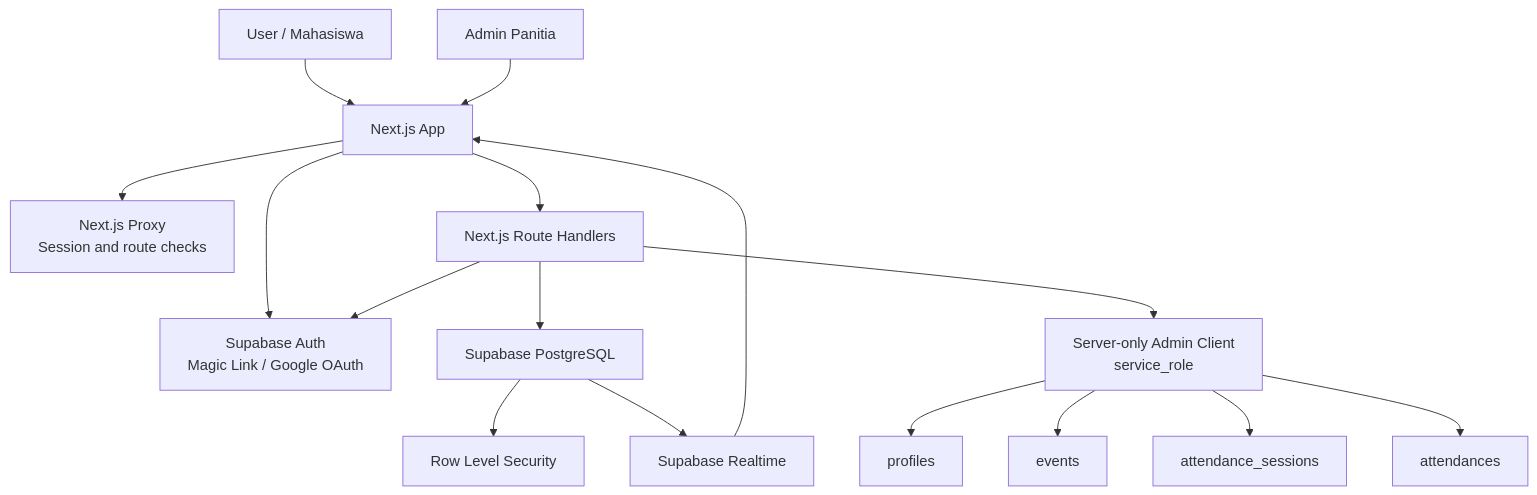
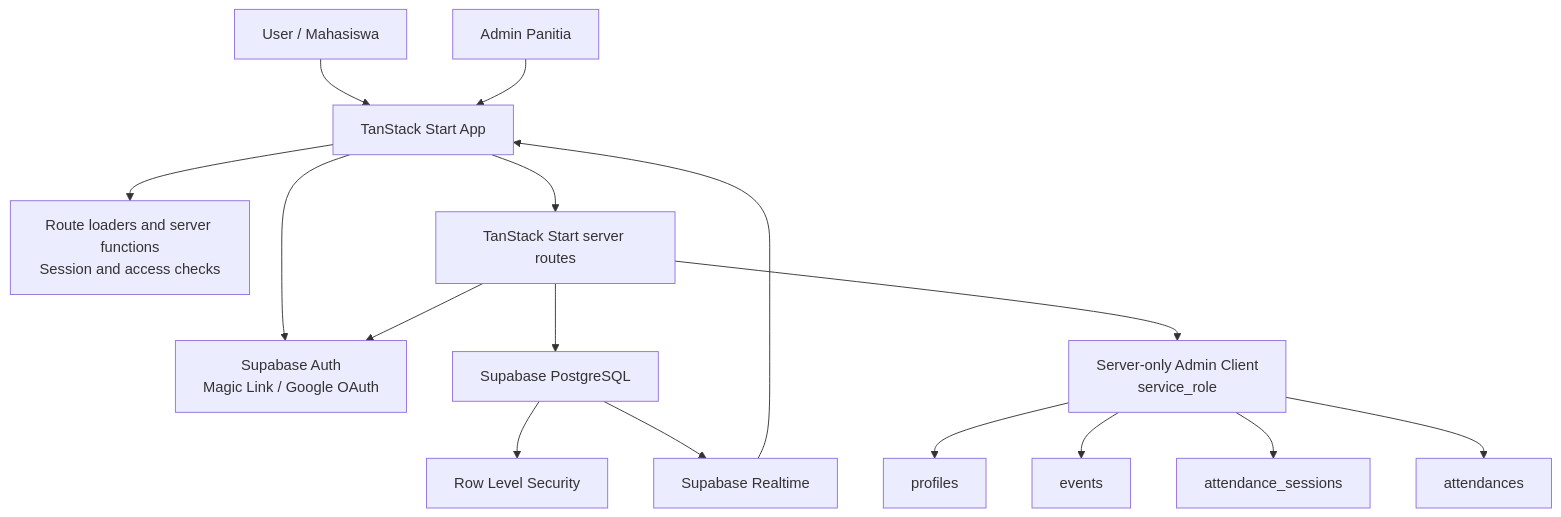
One commit to BEM-FILKOM-UNIDA/absendulu changed the first of 4 diagrams in README.md. Above: the diagram before and after it, drawn with Mermaid. The commit also changed other lines of this file and 134 other files, not shown here.

Commit message:
refactor: migrate application to TanStack Start

````diff
--- a/README.md
+++ b/README.md
@@ -64,22 +64,22 @@
 ```mermaid
 flowchart TD
-    USER[User / Mahasiswa] --> WEB[Next.js App]
+    USER[User / Mahasiswa] --> WEB[TanStack Start App]
     ADMIN[Admin Panitia] --> WEB
 
     WEB --> AUTH[Supabase Auth\nMagic Link / Google OAuth]
-    WEB --> PROXY[Next.js Proxy\nSession and route checks]
-    WEB --> API[Next.js Route Handlers]
+    WEB --> GUARD[Route loaders and server functions\nSession and access checks]
+    WEB --> API[TanStack Start server routes]
 
     API --> AUTH
     API --> DB[Supabase PostgreSQL]
     API --> ADMINCLIENT[Server-only Admin Client\nservice_role]
 
     DB --> RLS[Row Level Security]
     DB --> REALTIME[Supabase Realtime]
     REALTIME --> WEB
 
     ADMINCLIENT --> PROFILES[profiles]
     ADMINCLIENT --> EVENTS[events]
     ADMINCLIENT --> SESSIONS[attendance_sessions]
     ADMINCLIENT --> ATTENDANCES[attendances]
 ```
````
